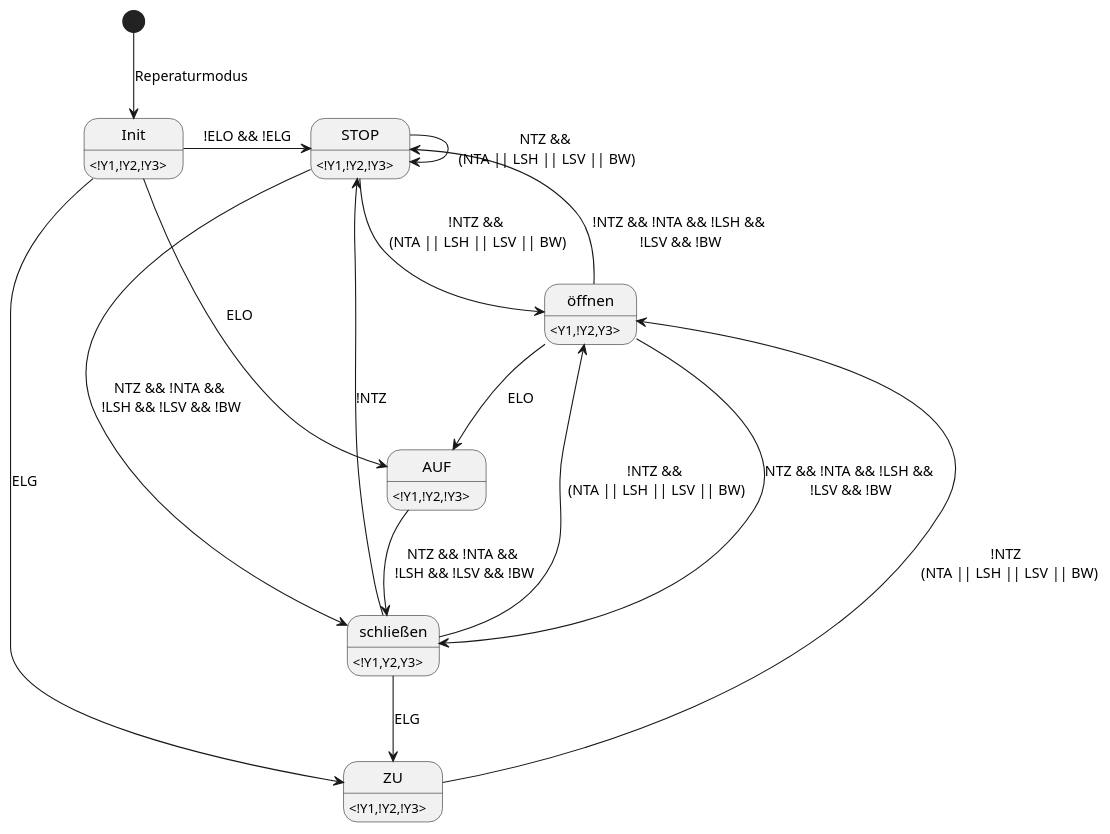
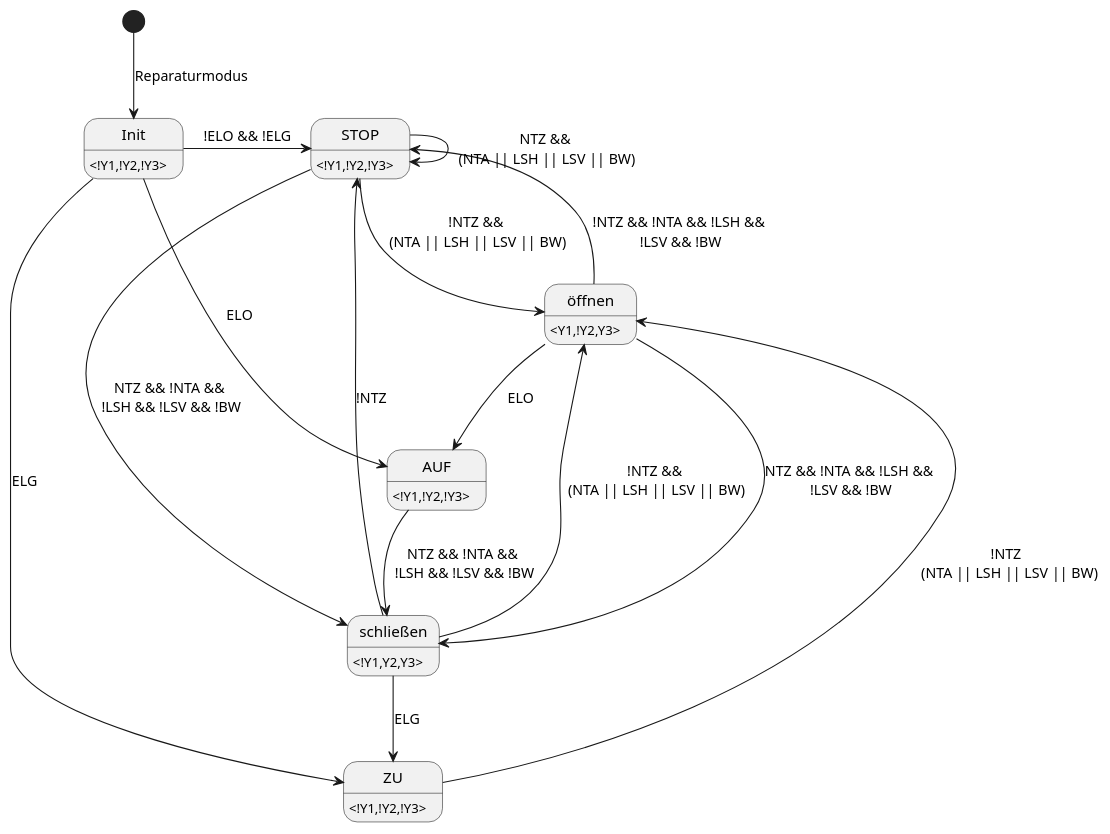
One commit to duha887b/ART-1_Tuersteuerung changed the diagram in Workspace_ART1-Tuersteuerung_2022.05/Tuersteuerung/UML/Automat_Reperatur.puml. Above: the diagram before and after it, drawn with PlantUML. The commit also changed 1 other file, not shown here.

```diff
--- a/Workspace_ART1-Tuersteuerung_2022.05/Tuersteuerung/UML/Automat_Reperatur.puml
+++ b/Workspace_ART1-Tuersteuerung_2022.05/Tuersteuerung/UML/Automat_Reperatur.puml
@@ -1,33 +1,33 @@
 @startuml
 
 ZU: <!Y1,!Y2,!Y3>
 AUF: <!Y1,!Y2,!Y3>
 öffnen: <Y1,!Y2,Y3>
 schließen: <!Y1,Y2,Y3>
 STOP : <!Y1,!Y2,!Y3>
 Init : <!Y1,!Y2,!Y3>
 
-[*] --> Init : Reperaturmodus
+[*] --> Init : Reparaturmodus
 Init --> ZU : ELG
 Init --> AUF : ELO
 Init -right-> STOP : !ELO && !ELG
 
 ZU --> öffnen : !NTZ \n (NTA || LSH || LSV || BW)
 
 öffnen --> STOP : !NTZ && !NTA && !LSH &&\n !LSV && !BW
 öffnen --> schließen : NTZ && !NTA && !LSH &&\n !LSV && !BW
 öffnen --> AUF : ELO
 
 schließen --> ZU : ELG
 schließen --> STOP : !NTZ
 schließen --> öffnen : !NTZ &&\n (NTA || LSH || LSV || BW)
 
 AUF --> schließen : NTZ && !NTA &&\n !LSH && !LSV && !BW
 
 STOP --> STOP : NTZ &&\n (NTA || LSH || LSV || BW)
 STOP --> schließen : NTZ && !NTA &&\n !LSH && !LSV && !BW
 STOP --> öffnen : !NTZ &&\n (NTA || LSH || LSV || BW)
 
 
 
 @enduml
```
